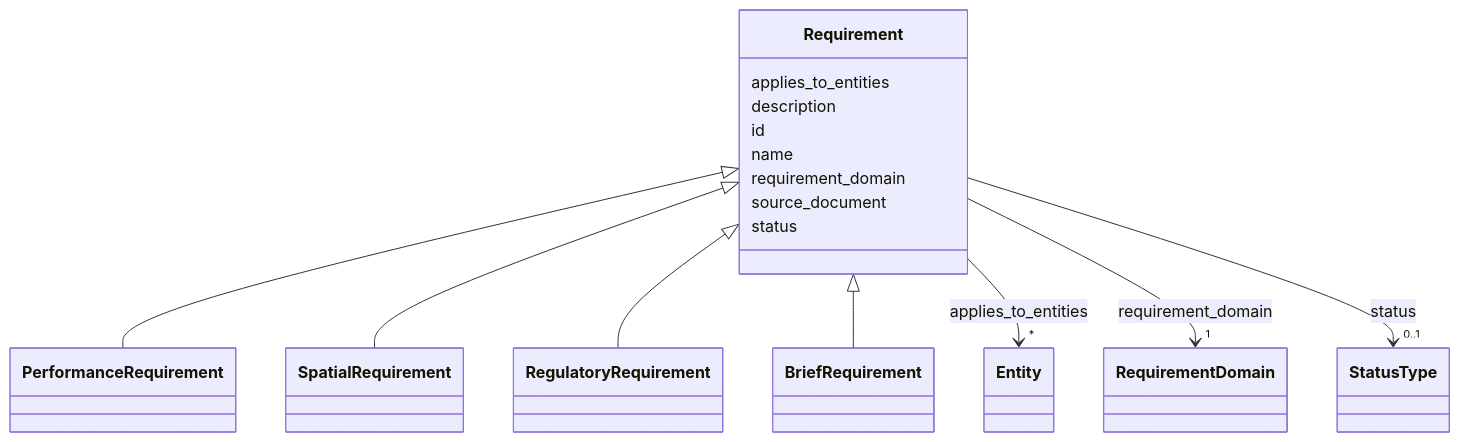
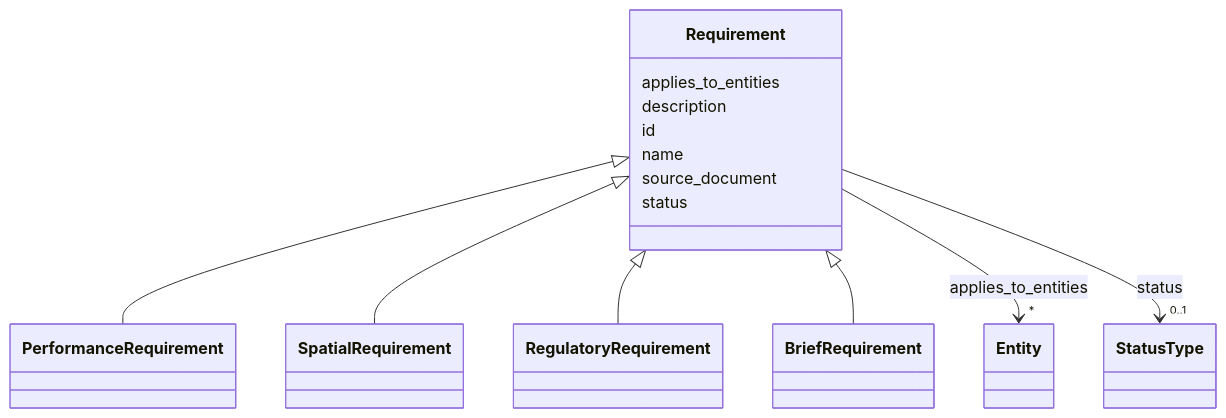
One commit to simondilhas/pragmatic-bim-data-contract changed the diagram in latest/schema/Requirement.md. Above: the diagram before and after it, drawn with Mermaid. The commit also changed other lines of this file and 2590 other files, not shown here.

````diff
--- a/latest/schema/Requirement.md
+++ b/latest/schema/Requirement.md
@@ -27,56 +27,23 @@
 ```mermaid
  classDiagram
     class Requirement
-    click Requirement href "../Requirement/"
+    click Requirement href "./Requirement.html"
       Requirement <|-- PerformanceRequirement
-        click PerformanceRequirement href "../PerformanceRequirement/"
+        click PerformanceRequirement href "./PerformanceRequirement.html"
       Requirement <|-- SpatialRequirement
-        click SpatialRequirement href "../SpatialRequirement/"
+        click SpatialRequirement href "./SpatialRequirement.html"
       Requirement <|-- RegulatoryRequirement
-        click RegulatoryRequirement href "../RegulatoryRequirement/"
+        click RegulatoryRequirement href "./RegulatoryRequirement.html"
       Requirement <|-- BriefRequirement
-        click BriefRequirement href "../BriefRequirement/"
-      
+        click BriefRequirement href "./BriefRequirement.html"
       Requirement : applies_to_entities
-        
-          
-    
-        
-        
         Requirement --> "*" Entity : applies_to_entities
-        click Entity href "../Entity/"
-    
-
-        
+        click Entity href "./Entity.html"
       Requirement : description
-        
       Requirement : id
-        
       Requirement : name
-        
-      Requirement : requirement_domain
-        
-          
-    
-        
-        
-        Requirement --> "1" RequirementDomain : requirement_domain
-        click RequirementDomain href "../RequirementDomain/"
-    
-
-        
       Requirement : source_document
-        
       Requirement : status
-        
-          
-    
-        
-        
         Requirement --> "0..1" StatusType : status
-        click StatusType href "../StatusType/"
-    
-
-        
-      
+        click StatusType href "./StatusType.html"
 ```
````
